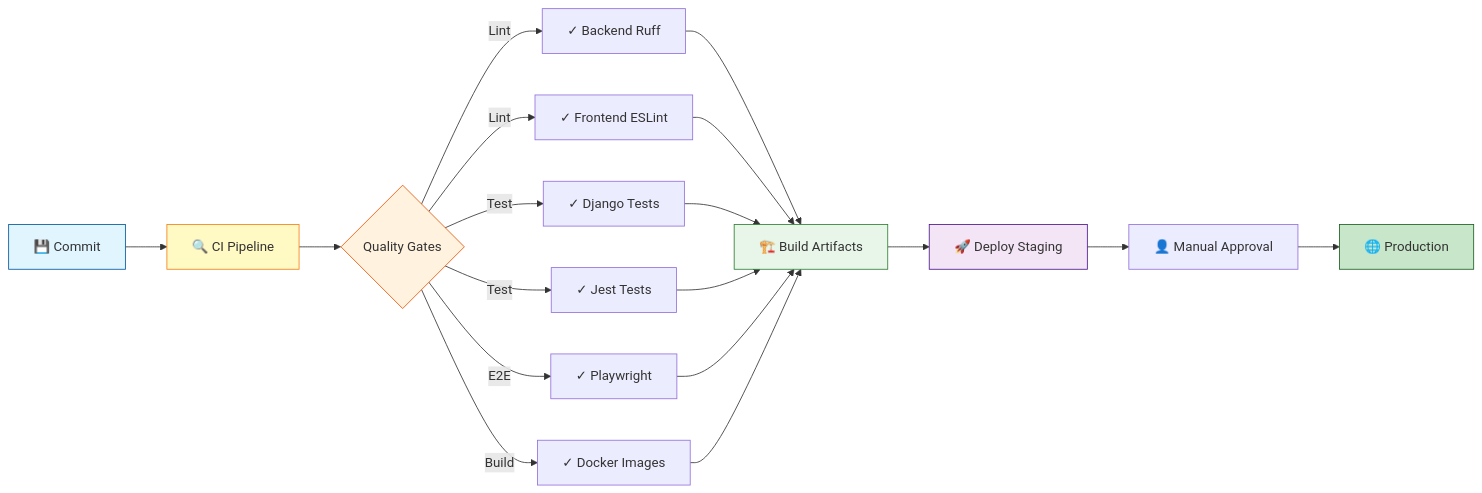
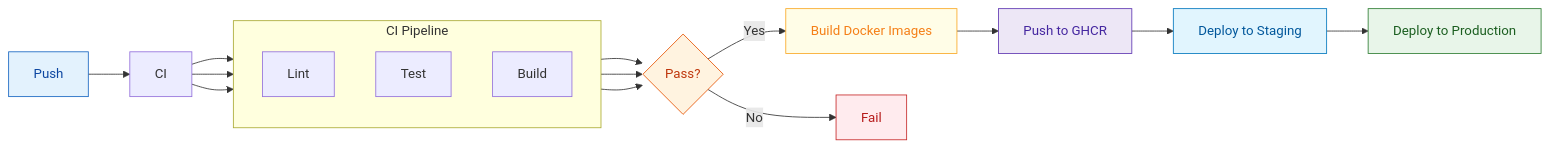
Before and after one commit to ggustin93/nextjs-django-kanban-mcp: the second of 2 diagrams in README.md, drawn with Mermaid. The commit also changed other lines of this file and 35 other files, not shown here.

````diff
--- a/README.md
+++ b/README.md
@@ -286,27 +281,36 @@
 ```mermaid
-graph LR
-    A[💾 Commit] --> B[🔍 CI Pipeline]
-    B --> C{Quality Gates}
-    C -->|Lint| D[✓ Backend Ruff]
-    C -->|Lint| E[✓ Frontend ESLint]
-    C -->|Test| F[✓ Django Tests]
-    C -->|Test| G[✓ Jest Tests]
-    C -->|E2E| P[✓ Playwright]
-    C -->|Build| H[✓ Docker Images]
-    D --> I[🏗️ Build Artifacts]
-    E --> I
-    F --> I
-    G --> I
-    P --> I
-    H --> I
-    I --> J[🚀 Deploy Staging]
-    J --> K[👤 Manual Approval]
-    K --> L[🌐 Production]
+flowchart LR
+  A[Push] --> B[CI]
 
-    style A fill:#e1f5ff,stroke:#01579b
-    style B fill:#fff9c4,stroke:#f57f17
-    style C fill:#fff3e0,stroke:#e65100
-    style I fill:#e8f5e9,stroke:#2e7d32
-    style J fill:#f3e5f5,stroke:#4a148c
-    style L fill:#c8e6c9,stroke:#1b5e20
+  subgraph CI[CI Pipeline]
+    direction TB
+    C[Lint]
+    D[Test]
+    E[Build]
+  end
+
+  %% CI steps run in parallel
+  B --> C
+  B --> D
+  B --> E
+
+  %% Gate comes after CI steps
+  C --> F{Pass?}
+  D --> F
+  E --> F
+
+  F -->|Yes| G[Build Docker Images]
+  G --> H[Push to GHCR]
+  H --> I[Deploy to Staging]
+  I --> J[Deploy to Production]
+  F -->|No| X[Fail]
+
+  %% Styles
+  style A fill:#e3f2fd,stroke:#1565c0,color:#0d47a1
+  style F fill:#fff3e0,stroke:#e65100,color:#bf360c
+  style G fill:#fffde7,stroke:#f9a825,color:#f57f17
+  style H fill:#ede7f6,stroke:#5e35b1,color:#4527a0
+  style I fill:#e1f5fe,stroke:#0277bd,color:#01579b
+  style J fill:#e8f5e9,stroke:#2e7d32,color:#1b5e20
+  style X fill:#ffebee,stroke:#c62828,color:#b71c1c
 ```
````
